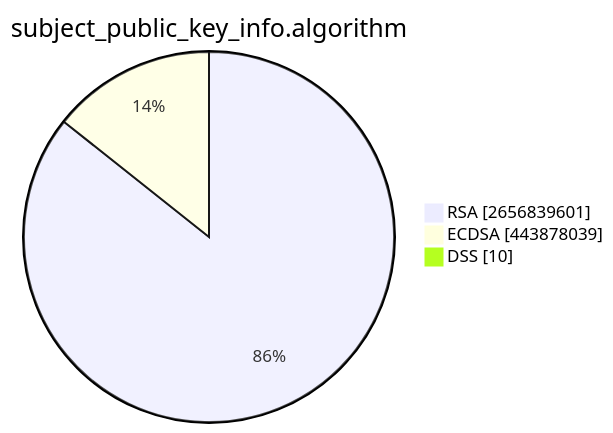
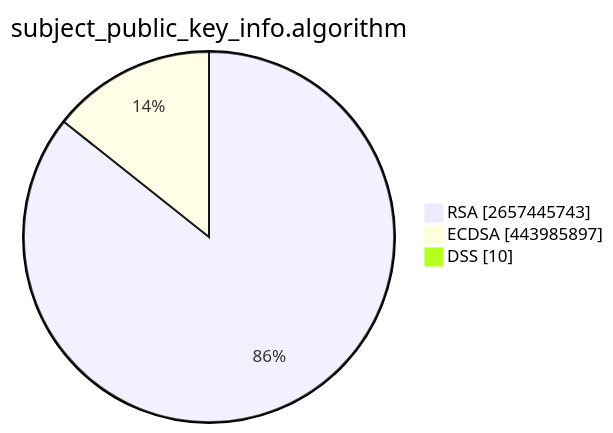
One commit to christiankrug/ctmonitor_visualization changed the second of 15 diagrams in TOTAL/README.md. Above: the diagram before and after it, drawn with Mermaid. The commit also changed other lines of this file, not shown here.

````diff
--- a/TOTAL/README.md
+++ b/TOTAL/README.md
@@ -6,7 +6,7 @@
 ```mermaid
 pie showData
 title subject_public_key_info.algorithm
-"RSA" :2656839601
-"ECDSA" :443878039
+"RSA" :2657445743
+"ECDSA" :443985897
 "DSS" :10
 ```
````
